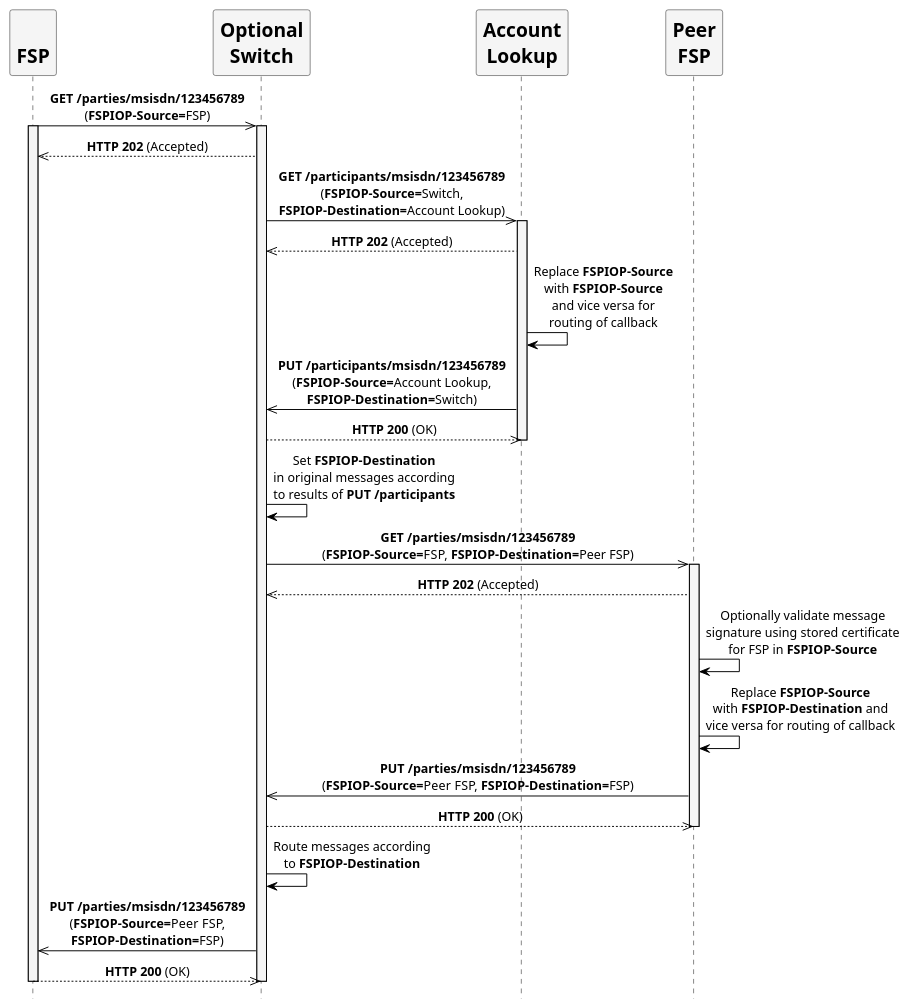
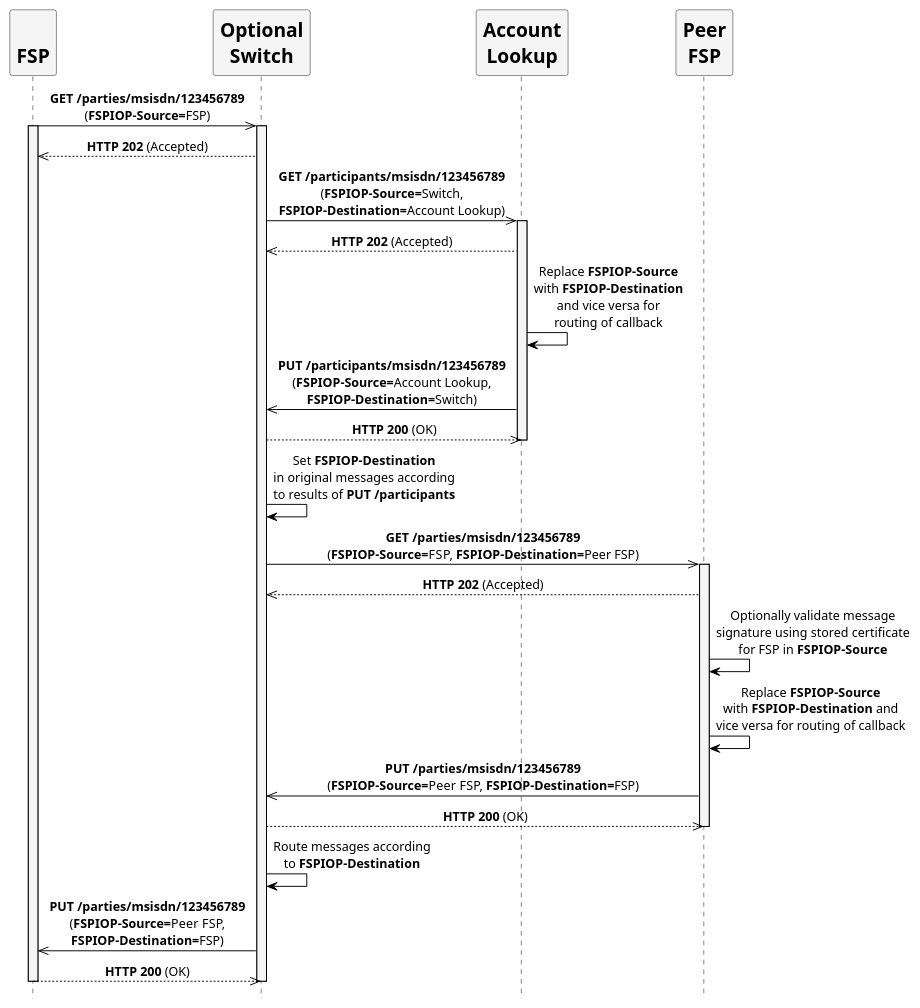
The diagram in assets/diagrams/sequence/figure5.plantuml (mojaloop/mojaloop-specification), drawn with PlantUML before and after one commit. The commit also changed 4 other files, not shown here.

```diff
--- a/assets/diagrams/sequence/figure5.plantuml
+++ b/assets/diagrams/sequence/figure5.plantuml
@@ -24,54 +24,54 @@
 @startuml
 ' declaring skinparam
 skinparam sequenceMessageAlign center
 skinparam shadowing false
 skinparam defaultFontName Verdana
 skinparam monochrome true
 skinparam SequenceLifeLineBackgroundColor WhiteSmoke
 skinparam SequenceLifeLineBorderColor Black
 skinparam ParticipantFontStyle Bold
 skinparam ParticipantFontSize 20
 skinparam ParticipantBackgroundColor WhiteSmoke
 skinparam ArrowColor Black
 
 hide footbox
 
 ' declare title
 ' title Example scenario where FSPIOP-Destination is unknown by FSP
 
 ' Actor Keys:
 ' participant - FSP, Peer FSP, Optional Switch and Account Lookup
 
 ' declare actors
 participant "\nFSP" as FSP
 participant "Optional\nSwitch" as Switch
 participant "Account\nLookup" as ALS
 participant "Peer\nFSP" as PEERFSP
 
 ' start flow
 FSP ->> Switch: **GET /parties/msisdn/123456789**\n(**FSPIOP-Source=**FSP)
 activate FSP
 activate Switch
 FSP <<-- Switch: **HTTP 202** (Accepted)
 Switch ->> ALS: **GET /participants/msisdn/123456789**\n(**FSPIOP-Source=**Switch,\n**FSPIOP-Destination=**Account Lookup)
 activate ALS
 Switch <<-- ALS: **HTTP 202** (Accepted)
-ALS -> ALS: Replace **FSPIOP-Source**\nwith **FSPIOP-Source**\nand vice versa for\nrouting of callback
+ALS -> ALS: Replace **FSPIOP-Source**\nwith **FSPIOP-Destination**\nand vice versa for\nrouting of callback
 Switch <<- ALS: **PUT /participants/msisdn/123456789**\n(**FSPIOP-Source=**Account Lookup,\n**FSPIOP-Destination=**Switch)
 Switch -->> ALS: **HTTP 200** (OK)
 deactivate ALS
 Switch -> Switch: Set **FSPIOP-Destination**\nin original messages according\nto results of **PUT /participants**
 Switch ->> PEERFSP: **GET /parties/msisdn/123456789**\n(**FSPIOP-Source=**FSP, **FSPIOP-Destination=**Peer FSP)
 activate PEERFSP
 Switch <<-- PEERFSP: **HTTP 202** (Accepted)
 PEERFSP -> PEERFSP: Optionally validate message\nsignature using stored certificate\nfor FSP in **FSPIOP-Source**
 PEERFSP -> PEERFSP: Replace **FSPIOP-Source**\nwith **FSPIOP-Destination** and\nvice versa for routing of callback
 Switch <<- PEERFSP: **PUT /parties/msisdn/123456789**\n(**FSPIOP-Source=**Peer FSP, **FSPIOP-Destination=**FSP)
 Switch -->> PEERFSP: **HTTP 200** (OK)
 deactivate PEERFSP
 Switch -> Switch: Route messages according\nto **FSPIOP-Destination**
 FSP <<- Switch: **PUT /parties/msisdn/123456789**\n(**FSPIOP-Source=**Peer FSP,\n**FSPIOP-Destination=**FSP)
 FSP -->> Switch: **HTTP 200** (OK)
 deactivate Switch
 deactivate FSP
 @enduml
```
